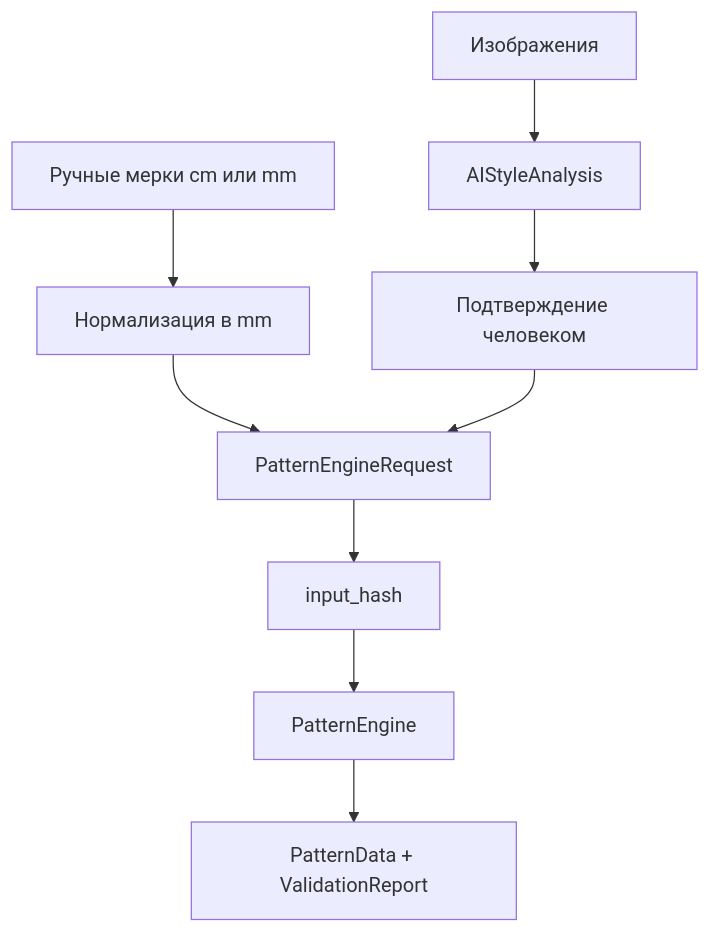
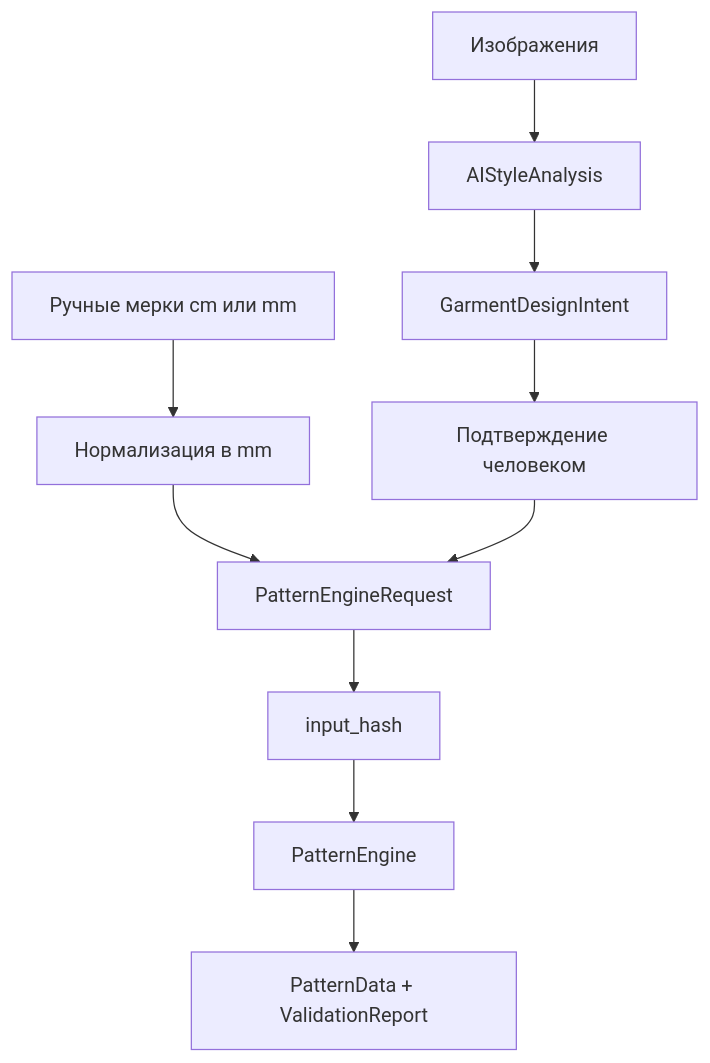
One commit to Vechnoilive/Kroika changed the second of 2 diagrams in docs/ARCHITECTURE.md. Above: the diagram before and after it, drawn with Mermaid. The commit also changed other lines of this file and 29 other files, not shown here.

Commit message:
feat: add stage 16 design intent workflow

````diff
--- a/docs/ARCHITECTURE.md
+++ b/docs/ARCHITECTURE.md
@@ -39,11 +45,12 @@
 ```mermaid
 flowchart TD
     A["Ручные мерки cm или mm"] --> B["Нормализация в mm"]
     C["Изображения"] --> D["AIStyleAnalysis"]
-    D --> E["Подтверждение человеком"]
+    D --> E["GarmentDesignIntent"]
+    E --> J["Подтверждение человеком"]
     B --> F["PatternEngineRequest"]
-    E --> F
+    J --> F
     F --> G["input_hash"]
     G --> H["PatternEngine"]
     H --> I["PatternData + ValidationReport"]
 ```
````
